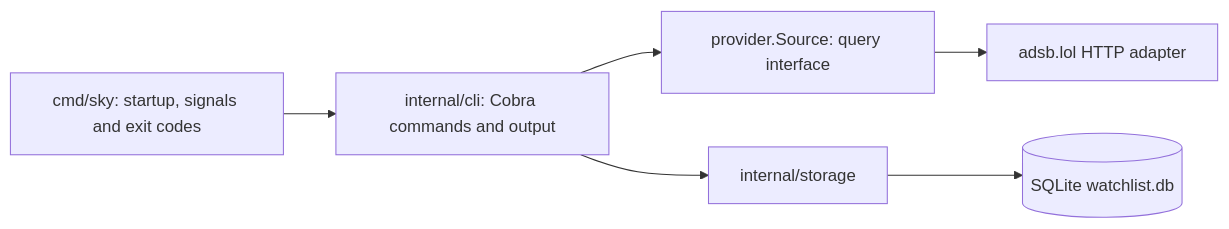
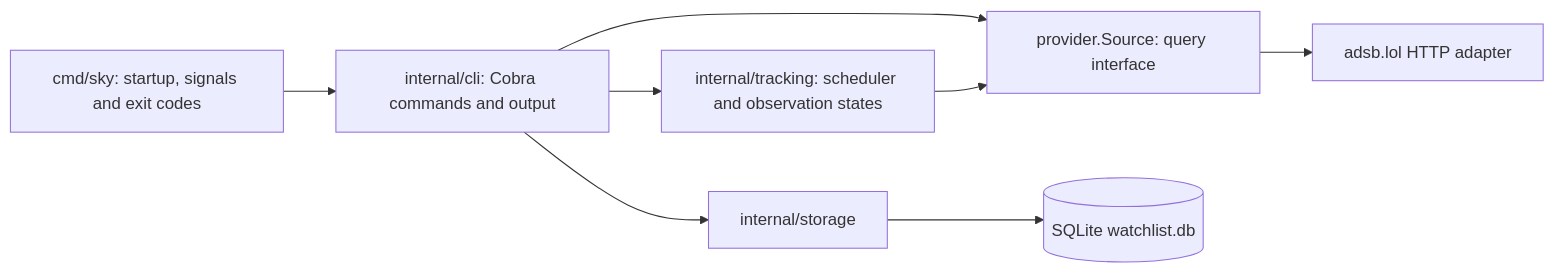
Before and after one commit to Mickyj70/sky: the diagram in docs/ARCHITECTURE.md, drawn with Mermaid. The commit also changed other lines of this file and 16 other files, not shown here.

````diff
--- a/docs/ARCHITECTURE.md
+++ b/docs/ARCHITECTURE.md
@@ -7,8 +7,10 @@
 ```mermaid
 flowchart LR
     A["cmd/sky: startup, signals and exit codes"] --> B["internal/cli: Cobra commands and output"]
     B --> C["provider.Source: query interface"]
     C --> D["adsb.lol HTTP adapter"]
+    B --> G["internal/tracking: scheduler and observation states"]
+    G --> C
     B --> E["internal/storage"]
     E --> F[("SQLite watchlist.db")]
 ```
````
